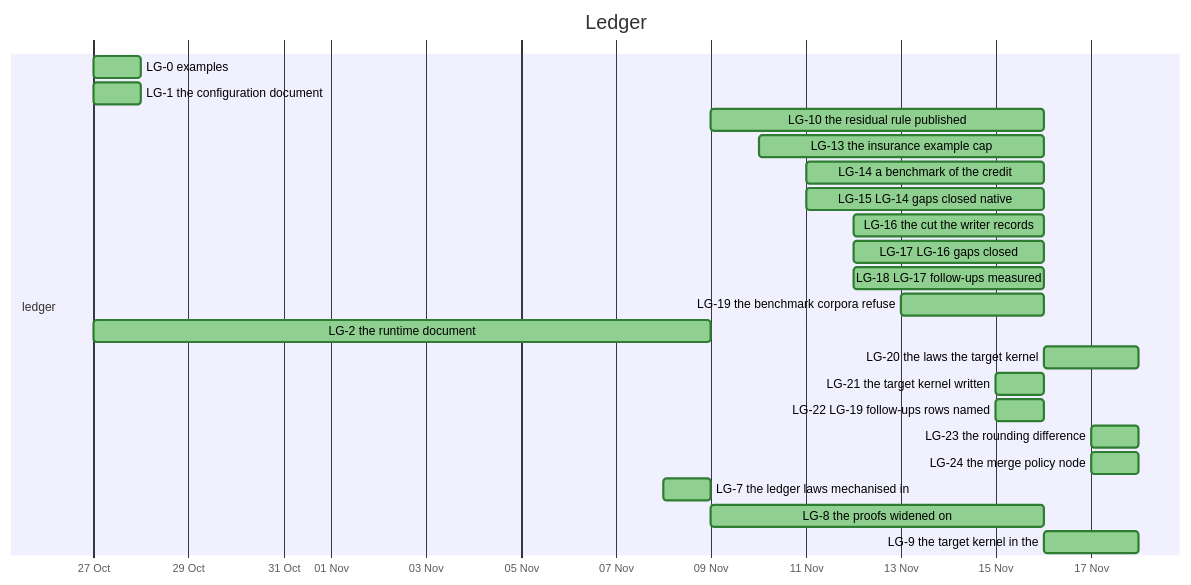
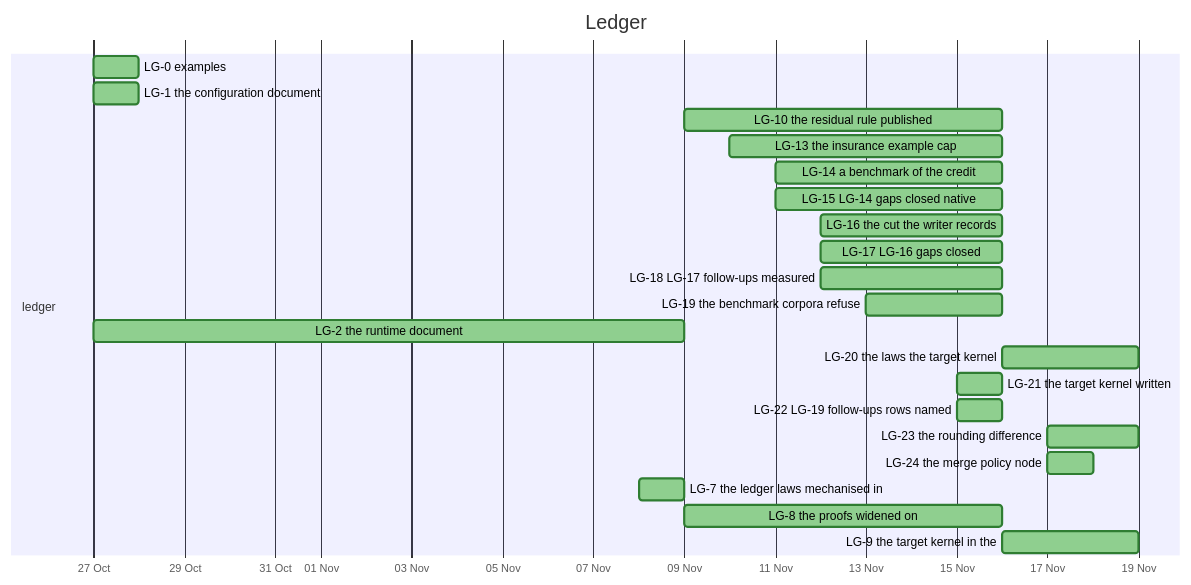
One commit to nebularis/lattice changed the tenth of 32 diagrams in docs/developer/ROADMAP.md. Above: the diagram before and after it, drawn with Mermaid. The commit also changed other lines of this file and 10 other files, not shown here.

````diff
--- a/docs/developer/ROADMAP.md
+++ b/docs/developer/ROADMAP.md
@@ -336,27 +337,27 @@
 ```mermaid
 %%{init: {"themeVariables": {"taskBkgColor": "#f2c14e", "taskBorderColor": "#b8860b", "taskTextColor": "#000000", "activeTaskBkgColor": "#4e9af1", "activeTaskBorderColor": "#1f5fbf", "activeTaskBorderColor": "#1f5fbf", "doneTaskBkgColor": "#8fcf8f", "doneTaskBorderColor": "#2f7d32", "critBkgColor": "#f28b82", "critBorderColor": "#b23a30", "taskTextDarkColor": "#000000", "taskTextLightColor": "#000000"}}}%%
 gantt
     title Ledger
     dateFormat YYYY-MM-DD
     axisFormat %d %b
     section ledger
     LG-0 examples :done, lg0, 2026-10-27, 2026-10-28
     LG-1 the configuration document :done, lg1, 2026-10-27, 2026-10-28
     LG-10 the residual rule published :done, lg10, 2026-11-09, 2026-11-16
     LG-13 the insurance example cap :done, lg13, 2026-11-10, 2026-11-16
     LG-14 a benchmark of the credit :done, lg14, 2026-11-11, 2026-11-16
     LG-15 LG-14 gaps closed native :done, lg15, 2026-11-11, 2026-11-16
     LG-16 the cut the writer records :done, lg16, 2026-11-12, 2026-11-16
     LG-17 LG-16 gaps closed :done, lg17, 2026-11-12, 2026-11-16
     LG-18 LG-17 follow-ups measured :done, lg18, 2026-11-12, 2026-11-16
     LG-19 the benchmark corpora refuse :done, lg19, 2026-11-13, 2026-11-16
     LG-2 the runtime document :done, lg2, 2026-10-27, 2026-11-09
-    LG-20 the laws the target kernel :done, lg20, 2026-11-16, 2026-11-18
+    LG-20 the laws the target kernel :done, lg20, 2026-11-16, 2026-11-19
     LG-21 the target kernel written :done, lg21, 2026-11-15, 2026-11-16
     LG-22 LG-19 follow-ups rows named :done, lg22, 2026-11-15, 2026-11-16
-    LG-23 the rounding difference :done, lg23, 2026-11-17, 2026-11-18
+    LG-23 the rounding difference :done, lg23, 2026-11-17, 2026-11-19
     LG-24 the merge policy node :done, lg24, 2026-11-17, 2026-11-18
     LG-7 the ledger laws mechanised in :done, lg7, 2026-11-08, 2026-11-09
     LG-8 the proofs widened on :done, lg8, 2026-11-09, 2026-11-16
-    LG-9 the target kernel in the :done, lg9, 2026-11-16, 2026-11-18
+    LG-9 the target kernel in the :done, lg9, 2026-11-16, 2026-11-19
 ```
````
